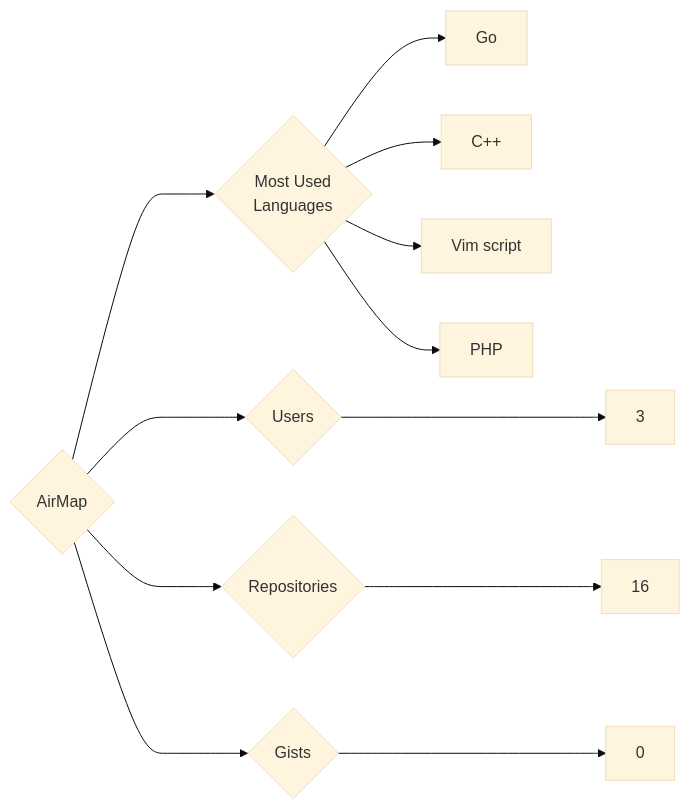
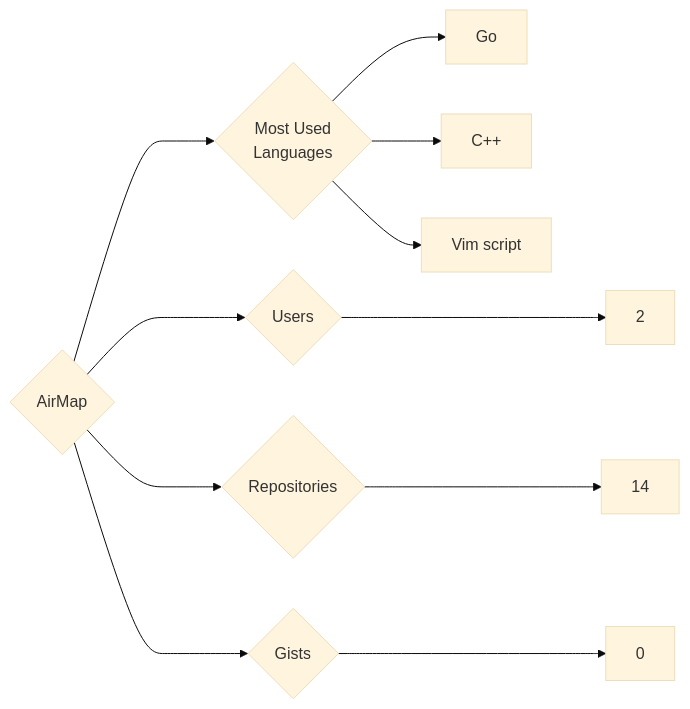
The diagram in targets/AirMap/README.md (trickest/insiders), drawn with Mermaid (base theme) before and after one commit. The commit also changed 924 other files, not shown here.

````diff
--- a/targets/AirMap/README.md
+++ b/targets/AirMap/README.md
@@ -3,12 +3,11 @@
 ```mermaid
 graph LR
 COMPANY_NAME{AirMap}
-COMPANY_NAME ---> U{Users} ---> UN[3]
-COMPANY_NAME ---> R{Repositories} ---> RN[16]
+COMPANY_NAME ---> U{Users} ---> UN[2]
+COMPANY_NAME ---> R{Repositories} ---> RN[14]
 COMPANY_NAME ---> G{Gists} ---> GN[0]
 COMPANY_NAME ---> ML{Most Used<br>Languages}
 ML --> Go[Go]
 ML --> C++[C++]
 ML --> Vim_script[Vim script]
-ML --> PHP[PHP]
 ```
````
